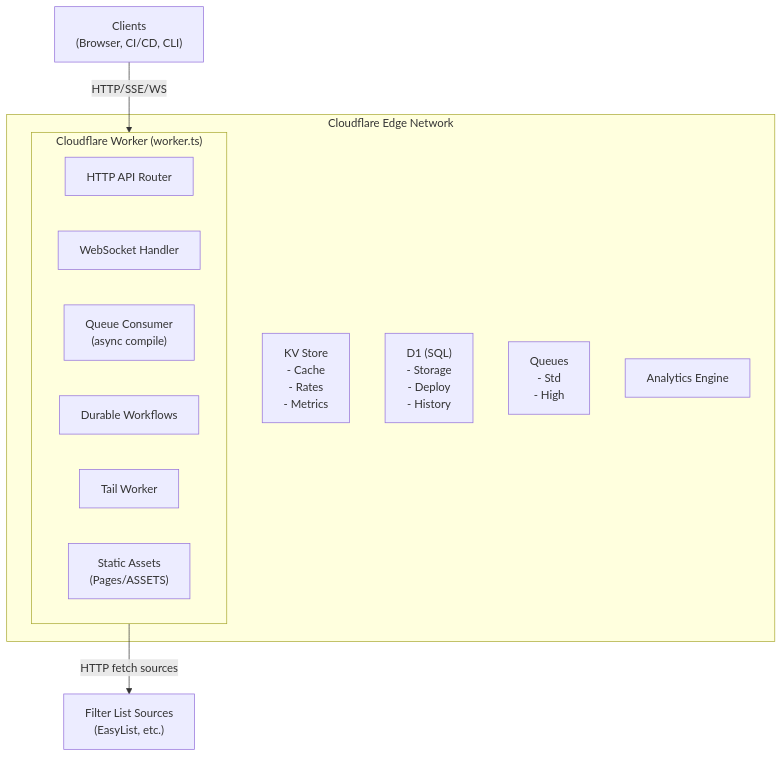
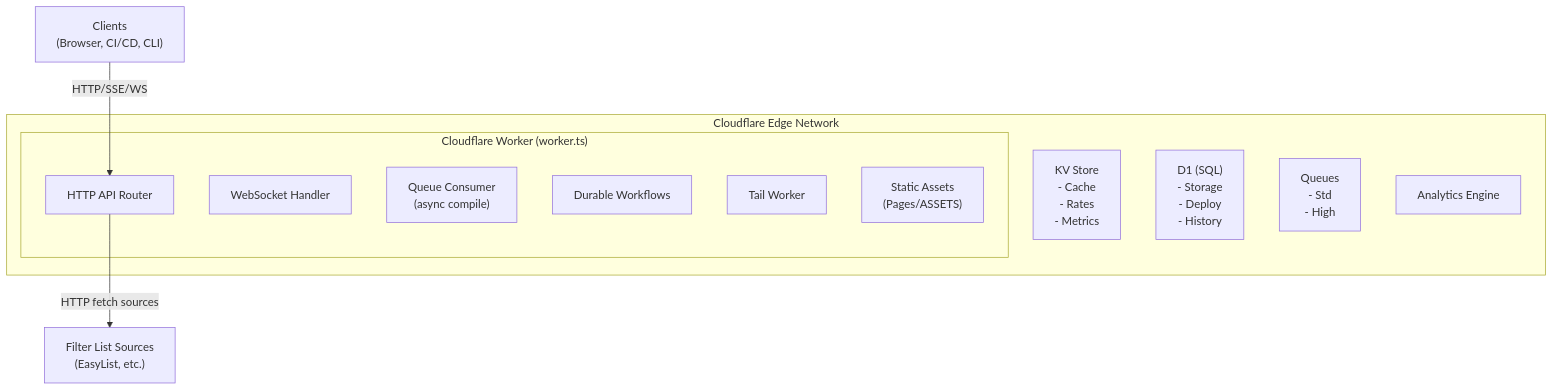
Diagram 18 of 18 in docs/ARCHITECTURE.md (AdguardTeam/HostlistCompiler), drawn with Mermaid before and after one commit. The commit also changed 1 other file, not shown here.

Commit message:
docs: fix Mermaid subgraph-as-edge-target rendering issues

````diff
--- a/docs/ARCHITECTURE.md
+++ b/docs/ARCHITECTURE.md
@@ -779,20 +779,20 @@
 ```mermaid
 graph TD
     subgraph CFN["Cloudflare Edge Network"]
         subgraph CW["Cloudflare Worker (worker.ts)"]
             HAPI["HTTP API Router"]
             WSH["WebSocket Handler"]
             QC["Queue Consumer\n(async compile)"]
             DWF["Durable Workflows"]
             TW["Tail Worker"]
             SA["Static Assets\n(Pages/ASSETS)"]
         end
         KV["KV Store\n- Cache\n- Rates\n- Metrics"]
         D1["D1 (SQL)\n- Storage\n- Deploy\n- History"]
         QQ["Queues\n- Std\n- High"]
         AE["Analytics Engine"]
     end
 
-    CLIENTS["Clients\n(Browser, CI/CD, CLI)"] -->|HTTP/SSE/WS| CW
-    CW -->|HTTP fetch sources| FLS["Filter List Sources\n(EasyList, etc.)"]
+    CLIENTS["Clients\n(Browser, CI/CD, CLI)"] -->|HTTP/SSE/WS| HAPI
+    HAPI -->|HTTP fetch sources| FLS["Filter List Sources\n(EasyList, etc.)"]
 ```
````
